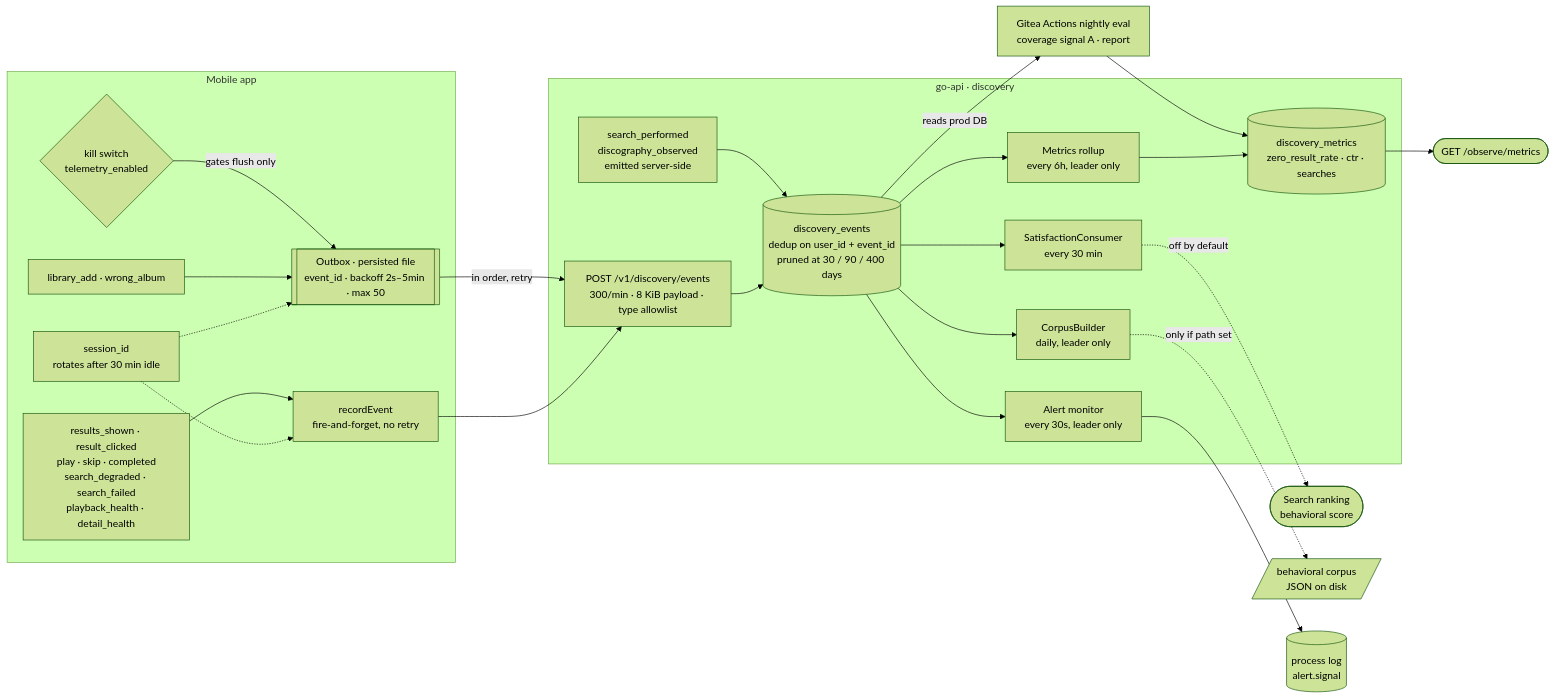
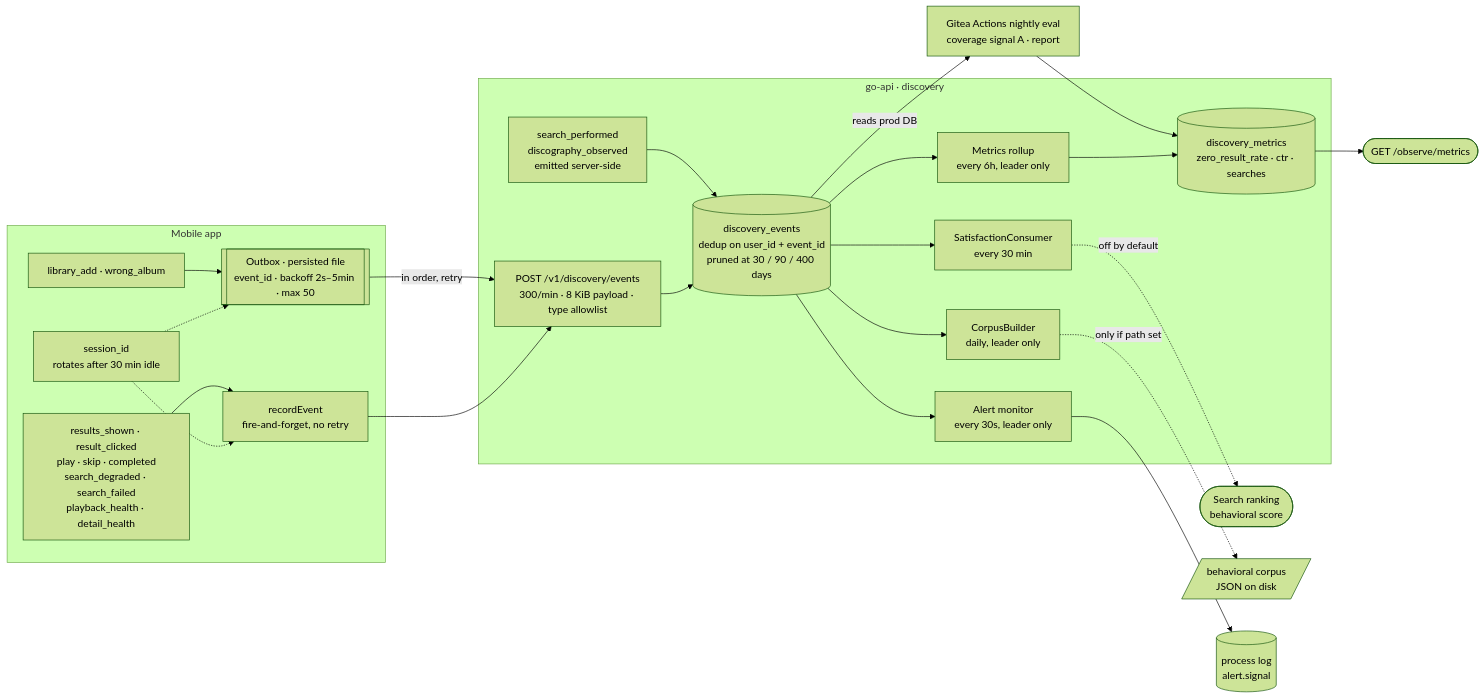
Before and after one commit to aleburrascano/altune: the first of 2 diagrams in docs/diagrams/telemetry.md, drawn with Mermaid (forest theme). The commit also changed 104 other files, not shown here.

````diff
--- a/docs/diagrams/telemetry.md
+++ b/docs/diagrams/telemetry.md
@@ -7,42 +7,40 @@
 ```mermaid
 flowchart LR
     subgraph app [Mobile app]
         emitters["results_shown · result_clicked<br/>play · skip · completed<br/>search_degraded · search_failed<br/>playback_health · detail_health"]
         critical["library_add · wrong_album"]
         session["session_id<br/>rotates after 30 min idle"]
         ff["recordEvent<br/>fire-and-forget, no retry"]
         outbox[["Outbox · persisted file<br/>event_id · backoff 2s–5min · max 50"]]
-        ks{"kill switch<br/>telemetry_enabled"}
     end
 
     subgraph api [go-api · discovery]
         ingest["POST /v1/discovery/events<br/>300/min · 8 KiB payload · type allowlist"]
         server_emit["search_performed<br/>discography_observed<br/>emitted server-side"]
         events[("discovery_events<br/>dedup on user_id + event_id<br/>pruned at 30 / 90 / 400 days")]
         sat["SatisfactionConsumer<br/>every 30 min"]
         rollup["Metrics rollup<br/>every 6h, leader only"]
         corpus["CorpusBuilder<br/>daily, leader only"]
         alert["Alert monitor<br/>every 30s, leader only"]
         metrics[("discovery_metrics<br/>zero_result_rate · ctr · searches")]
     end
 
     ranking(["Search ranking<br/>behavioral score"])
     corpusfile[/"behavioral corpus<br/>JSON on disk"/]
     observem(["GET /observe/metrics"])
     logs[("process log<br/>alert.signal")]
     nightly["Gitea Actions nightly eval<br/>coverage signal A · report"]
 
     session -.-> ff & outbox
     emitters --> ff --> ingest
     critical --> outbox
-    ks -->|gates flush only| outbox
     outbox -->|in order, retry| ingest
     ingest --> events
     server_emit --> events
     events --> sat -.->|off by default| ranking
     events --> rollup --> metrics --> observem
     events --> corpus -.->|only if path set| corpusfile
     events --> alert --> logs
     events -->|reads prod DB| nightly
     nightly --> metrics
 ```
````
